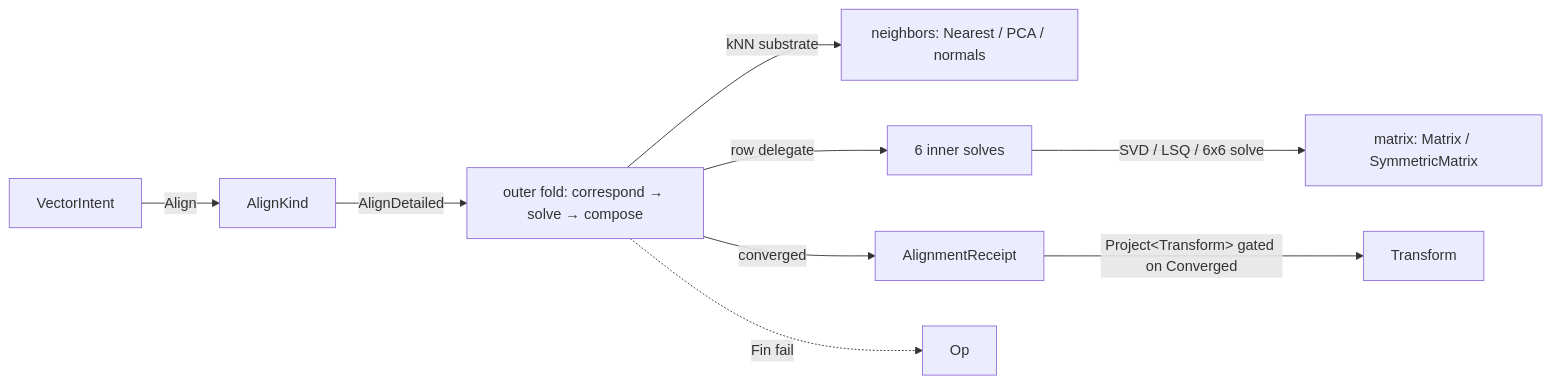
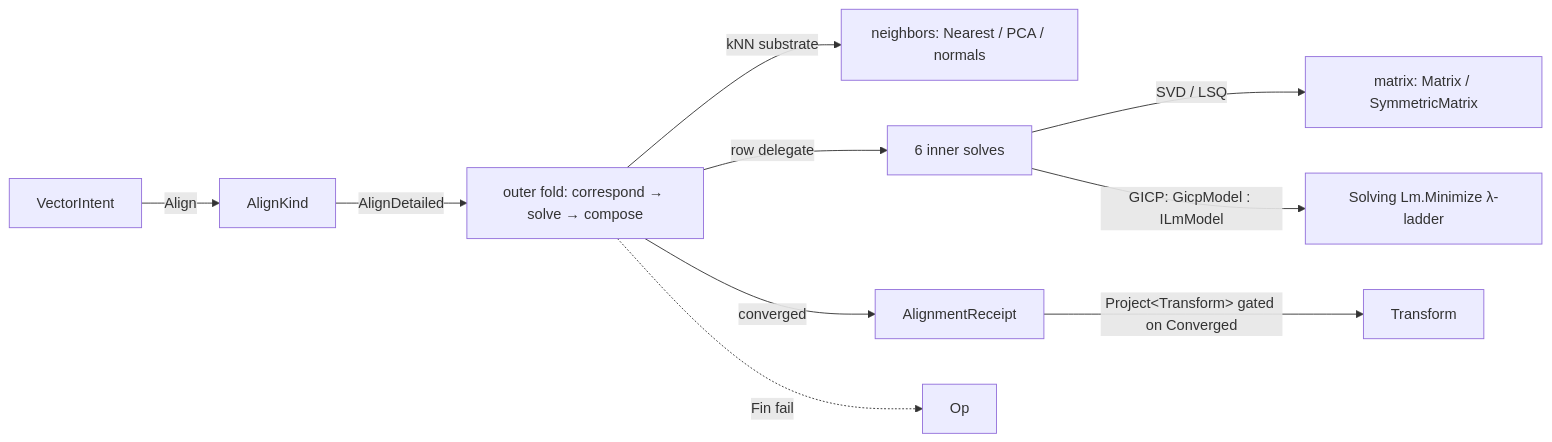
The diagram in libs/csharp/Rasm/.planning/Processing/register.md (bsamiee/Rasm), drawn with Mermaid before and after one commit. The commit also changed other lines of this file and 30 other files, not shown here.

First line of the commit message:
libs/csharp/Rasm + libs/.planning: kernel review campaign slice — r5/r6 findings, Fin<Axis> family, GamutPolicy, UseIndex custody, solver/refine policy owners

````diff
--- a/libs/csharp/Rasm/.planning/Processing/register.md
+++ b/libs/csharp/Rasm/.planning/Processing/register.md
@@ -573,11 +600,14 @@
 ```mermaid
 flowchart LR
+    accTitle: Registration dispatch
+    accDescr: Alignment flows through neighborhood correspondence, solver rows, matrix owners, and a gated transform receipt.
     VectorIntent -->|Align| AlignKind
     AlignKind -->|AlignDetailed| Fold["outer fold: correspond → solve → compose"]
     Fold -->|kNN substrate| Neighbors["neighbors: Nearest / PCA / normals"]
     Fold -->|row delegate| Solvers["6 inner solves"]
-    Solvers -->|SVD / LSQ / 6x6 solve| MatrixOwners["matrix: Matrix / SymmetricMatrix"]
+    Solvers -->|SVD / LSQ| MatrixOwners["matrix: Matrix / SymmetricMatrix"]
+    Solvers -->|"GICP: GicpModel : ILmModel"| Lm["Solving Lm.Minimize λ-ladder"]
     Fold -->|converged| AlignmentReceipt
     AlignmentReceipt -->|"Project&lt;Transform&gt; gated on Converged"| Transform
     Fold -.->|Fin fail| Op
 ```
````
